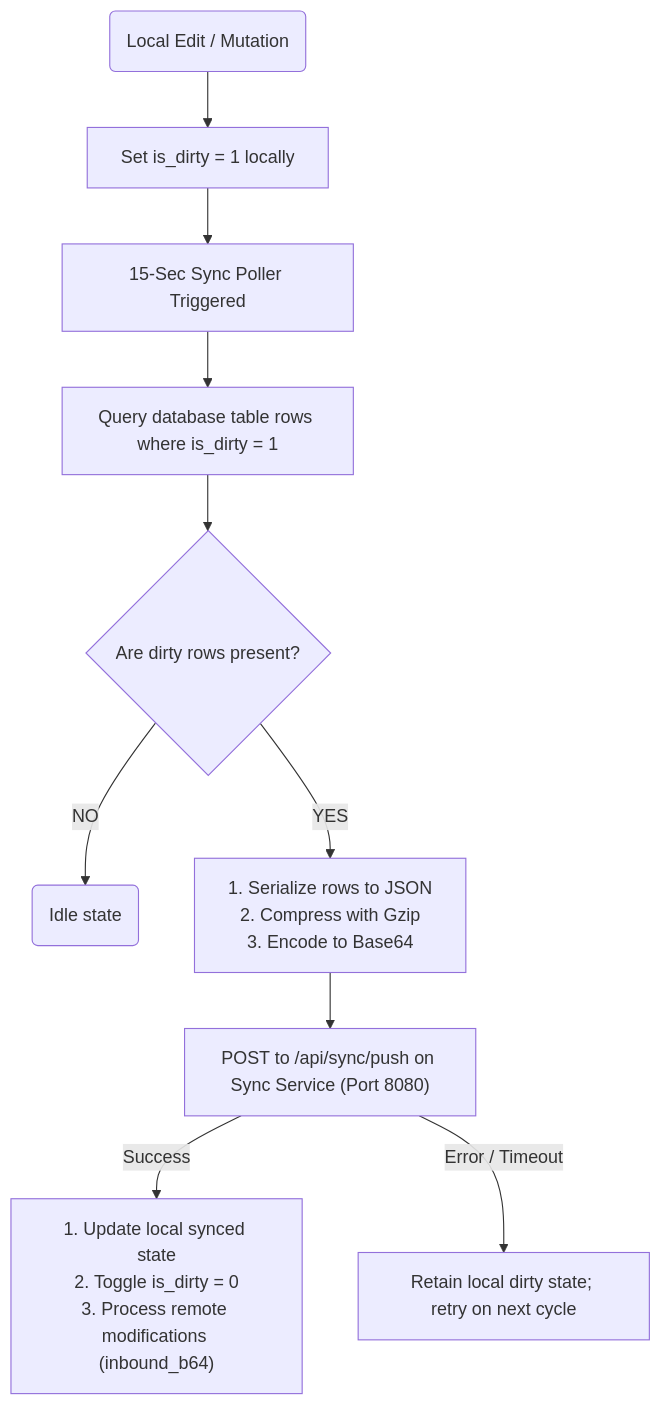
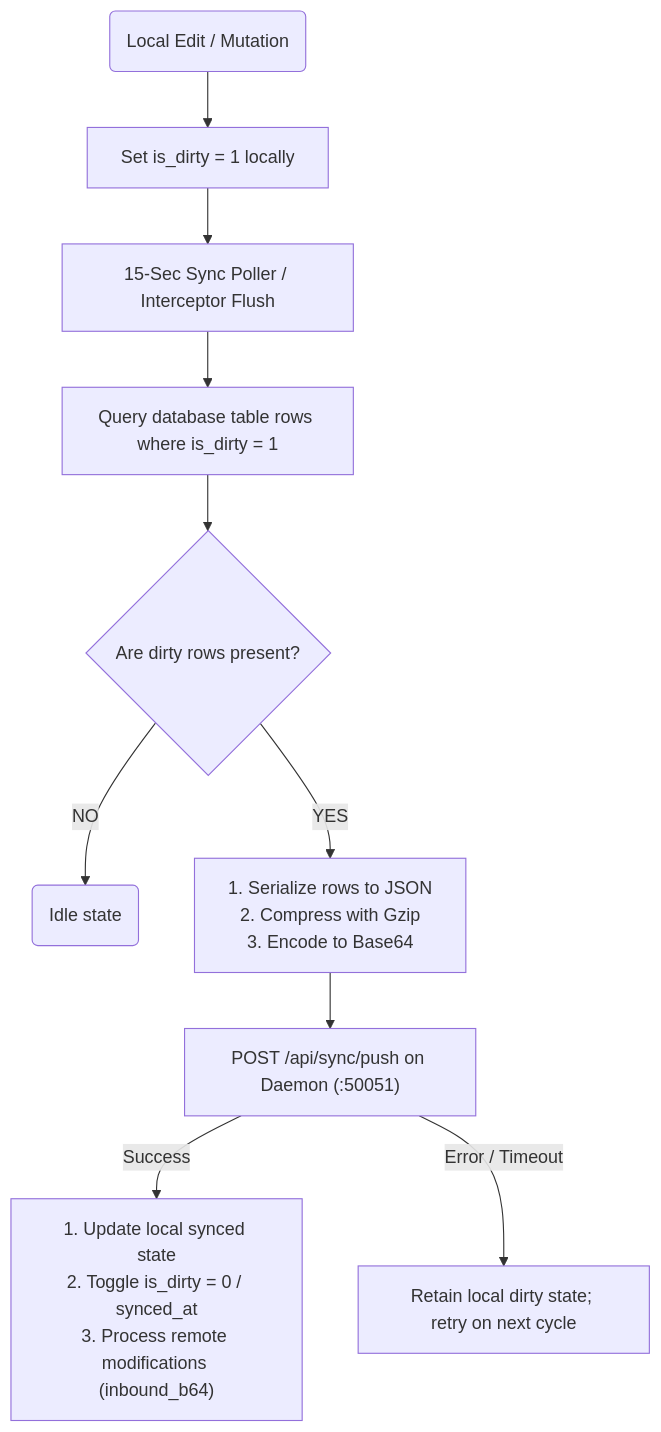
Before and after one commit to Siaftoulis/LifeOS: the diagram in vault/04 - LifeOS DevDocs/SYNC_PROTOCOL.md, drawn with Mermaid. The commit also changed other lines of this file and 118 other files, not shown here.

````diff
--- a/vault/04 - LifeOS DevDocs/SYNC_PROTOCOL.md
+++ b/vault/04 - LifeOS DevDocs/SYNC_PROTOCOL.md
@@ -61,16 +78,16 @@
 ```mermaid
 graph TD
     Start("Local Edit / Mutation") --> Mark["Set is_dirty = 1 locally"]
-    Mark --> PollTimer["15-Sec Sync Poller Triggered"]
+    Mark --> PollTimer["15-Sec Sync Poller / Interceptor Flush"]
     
     PollTimer --> Extract["Query database table rows where is_dirty = 1"]
     Extract --> HasData{"Are dirty rows present?"}
     
     HasData -- NO --> Sleep("Idle state")
     
     HasData -- YES --> BuildPayload["1. Serialize rows to JSON<br>2. Compress with Gzip<br>3. Encode to Base64"]
-    BuildPayload --> NetworkCall["POST to /api/sync/push on Sync Service (Port 8080)"]
+    BuildPayload --> NetworkCall["POST /api/sync/push on Daemon (:50051)"]
     
-    NetworkCall -- Success --> Acknowledge["1. Update local synced state<br>2. Toggle is_dirty = 0<br>3. Process remote modifications (inbound_b64)"]
+    NetworkCall -- Success --> Acknowledge["1. Update local synced state<br>2. Toggle is_dirty = 0 / synced_at<br>3. Process remote modifications (inbound_b64)"]
     NetworkCall -- Error / Timeout --> Fail["Retain local dirty state; retry on next cycle"]
 ```
````
